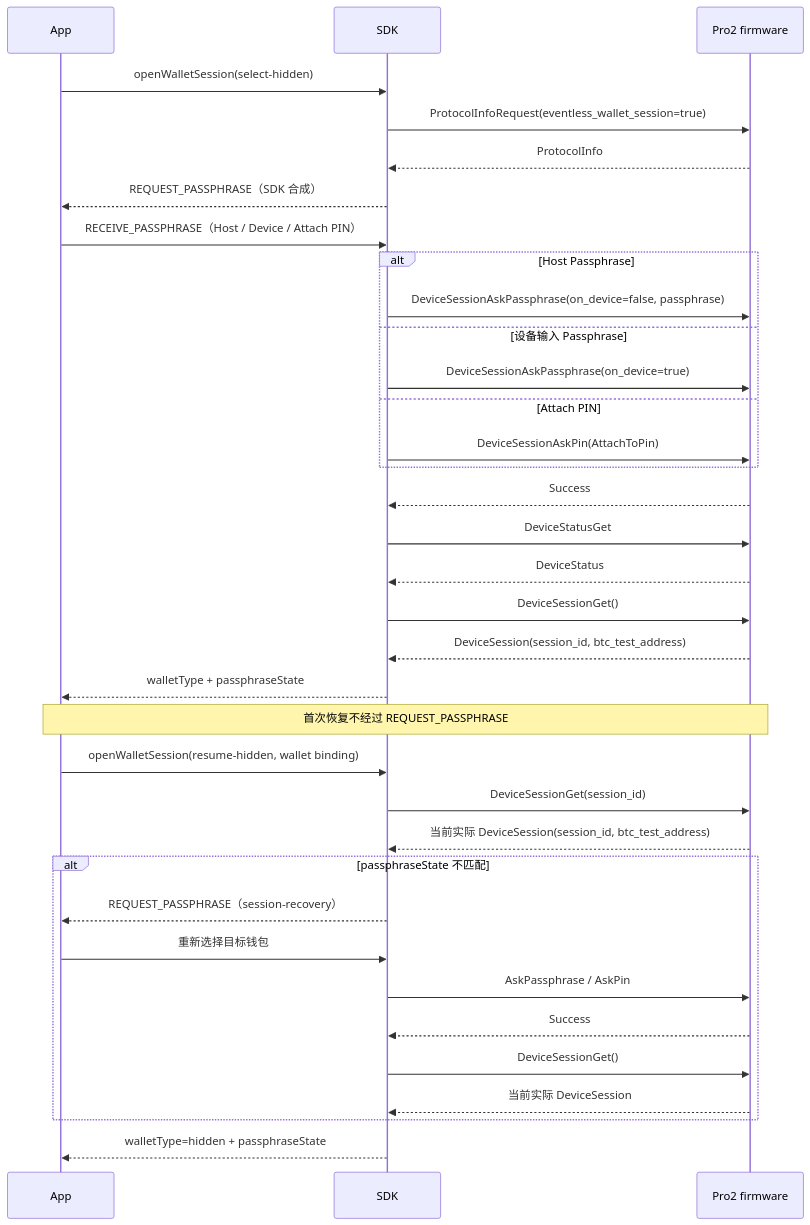
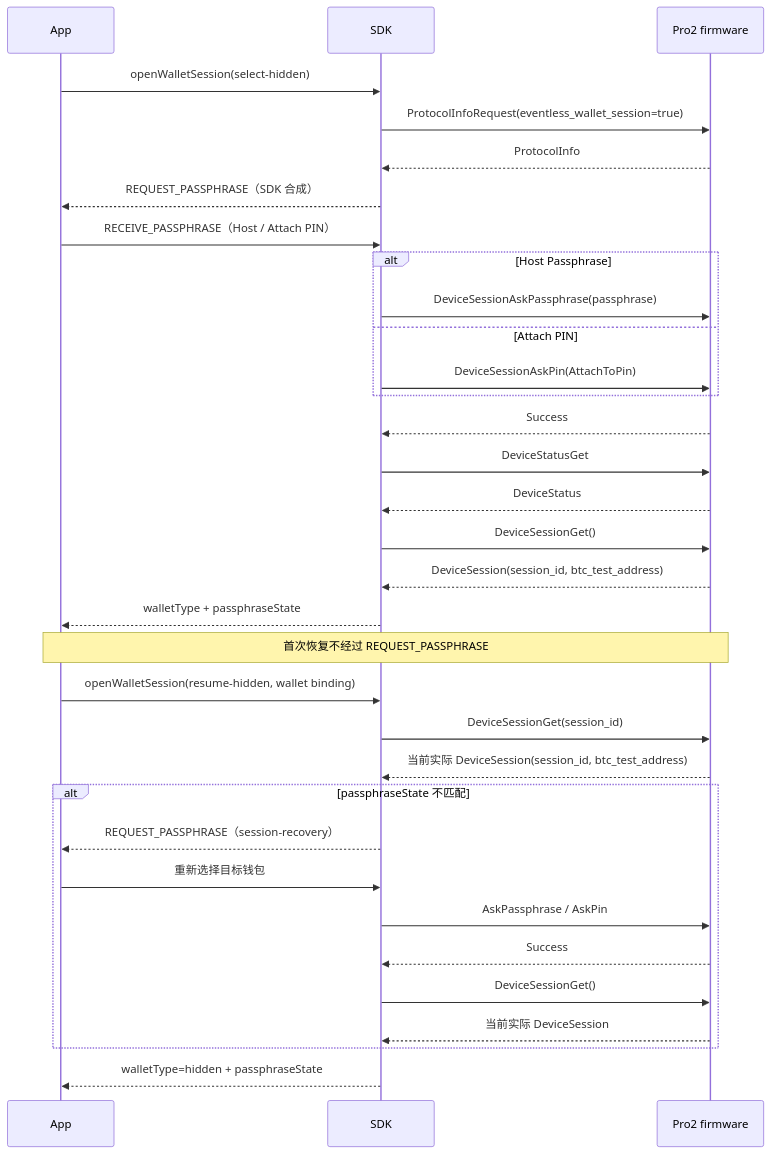
The second of 2 diagrams in docs/sdk/pro2-eventless-migration.md (OneKeyHQ/hardware-js-sdk), drawn with Mermaid before and after one commit. The commit also changed other lines of this file and 44 other files, not shown here.

````diff
--- a/docs/sdk/pro2-eventless-migration.md
+++ b/docs/sdk/pro2-eventless-migration.md
@@ -158,39 +161,37 @@
 ```mermaid
 sequenceDiagram
   participant App
   participant SDK
   participant FW as Pro2 firmware
 
   App->>SDK: openWalletSession(select-hidden)
   SDK->>FW: ProtocolInfoRequest(eventless_wallet_session=true)
   FW-->>SDK: ProtocolInfo
   SDK-->>App: REQUEST_PASSPHRASE（SDK 合成）
-  App->>SDK: RECEIVE_PASSPHRASE（Host / Device / Attach PIN）
+  App->>SDK: RECEIVE_PASSPHRASE（Host / Attach PIN）
   alt Host Passphrase
-    SDK->>FW: DeviceSessionAskPassphrase(on_device=false, passphrase)
-  else 设备输入 Passphrase
-    SDK->>FW: DeviceSessionAskPassphrase(on_device=true)
+    SDK->>FW: DeviceSessionAskPassphrase(passphrase)
   else Attach PIN
     SDK->>FW: DeviceSessionAskPin(AttachToPin)
   end
   FW-->>SDK: Success
   SDK->>FW: DeviceStatusGet
   FW-->>SDK: DeviceStatus
   SDK->>FW: DeviceSessionGet()
   FW-->>SDK: DeviceSession(session_id, btc_test_address)
   SDK-->>App: walletType + passphraseState
 
   Note over App,FW: 首次恢复不经过 REQUEST_PASSPHRASE
   App->>SDK: openWalletSession(resume-hidden, wallet binding)
   SDK->>FW: DeviceSessionGet(session_id)
   FW-->>SDK: 当前实际 DeviceSession(session_id, btc_test_address)
   alt passphraseState 不匹配
     SDK-->>App: REQUEST_PASSPHRASE（session-recovery）
     App->>SDK: 重新选择目标钱包
     SDK->>FW: AskPassphrase / AskPin
     FW-->>SDK: Success
     SDK->>FW: DeviceSessionGet()
     FW-->>SDK: 当前实际 DeviceSession
   end
   SDK-->>App: walletType=hidden + passphraseState
 ```
````
